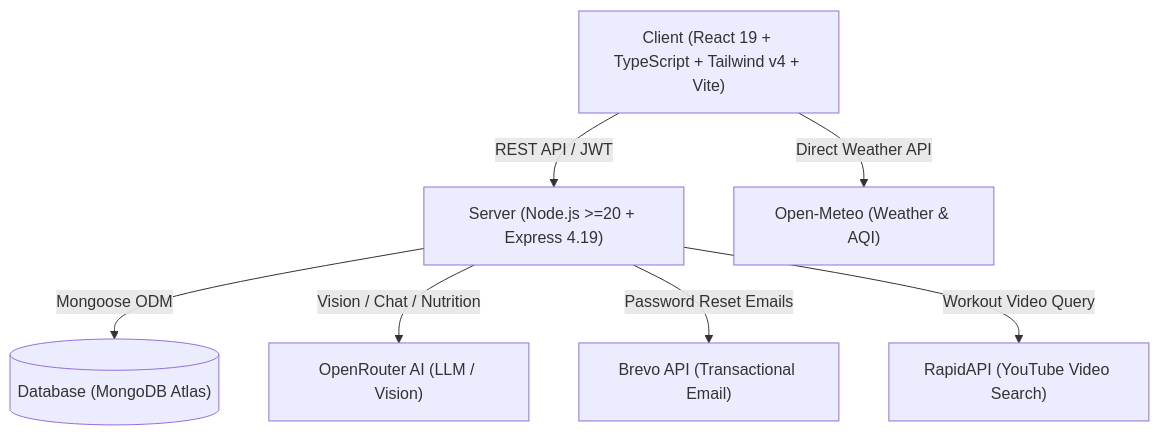
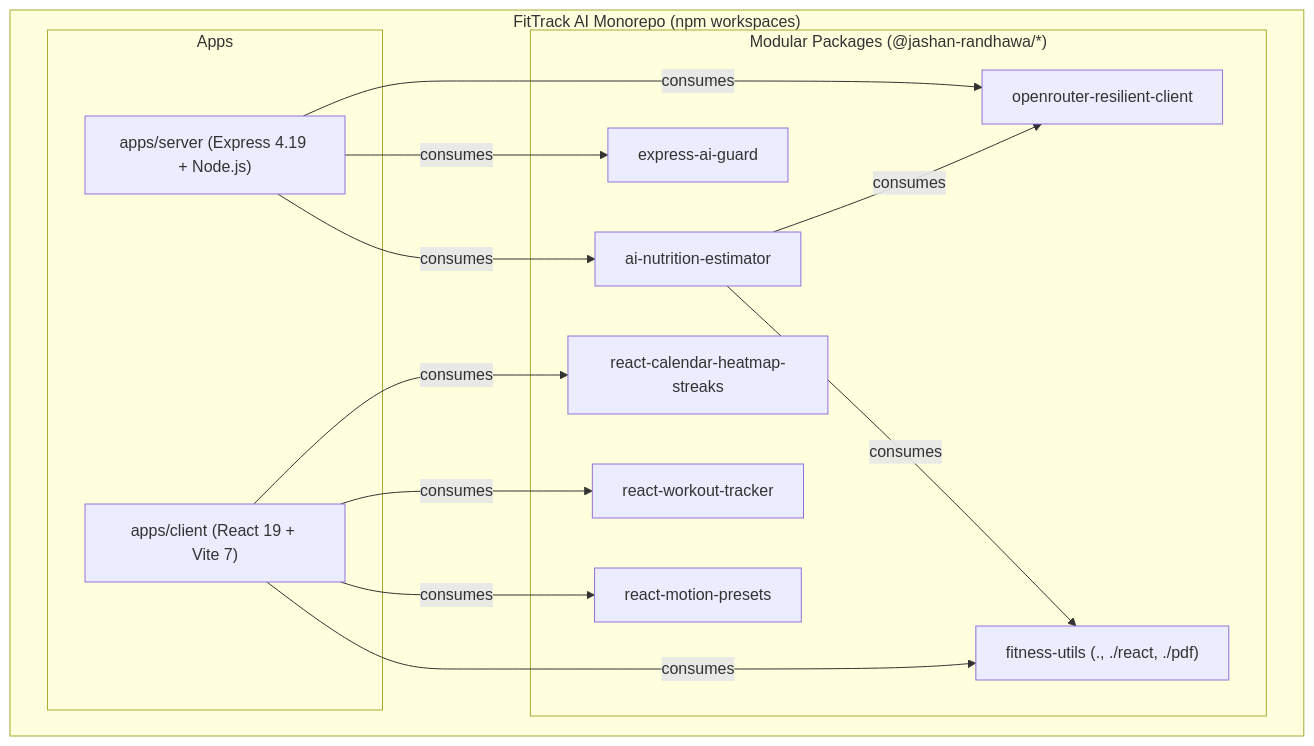
Before and after one commit to Jashan-randhawa/AI-FitnessTracker1: the diagram in README.md, drawn with Mermaid. The commit also changed other lines of this file and 241 other files, not shown here.

First line of the commit message:
feat(monorepo): extract 7 modular packages and migrate to npm workspaces

````diff
--- a/README.md
+++ b/README.md
@@ -119,17 +74,30 @@
 ```mermaid
 graph TD
-    Client["Client (React 19 + TypeScript + Tailwind v4 + Vite)"]
-    Server["Server (Node.js >=20 + Express 4.19)"]
-    DB[("Database (MongoDB Atlas)")]
-    OpenRouter["OpenRouter AI (LLM / Vision)"]
-    OpenMeteo["Open-Meteo (Weather & AQI)"]
-    Brevo["Brevo API (Transactional Email)"]
-    YouTube["RapidAPI (YouTube Video Search)"]
+    subgraph Monorepo ["FitTrack AI Monorepo (npm workspaces)"]
+        subgraph Apps ["Apps"]
+            Client["apps/client (React 19 + Vite 7)"]
+            Server["apps/server (Express 4.19 + Node.js)"]
+        end
 
-    Client -->|REST API / JWT| Server
-    Client -->|Direct Weather API| OpenMeteo
-    Server -->|Mongoose ODM| DB
-    Server -->|Vision / Chat / Nutrition| OpenRouter
-    Server -->|Password Reset Emails| Brevo
-    Server -->|Workout Video Query| YouTube
+        subgraph Packages ["Modular Packages (@jashan-randhawa/*)"]
+            P1["openrouter-resilient-client"]
+            P2["express-ai-guard"]
+            P3["react-calendar-heatmap-streaks"]
+            P4["react-workout-tracker"]
+            P5["react-motion-presets"]
+            P6["fitness-utils (., ./react, ./pdf)"]
+            P7["ai-nutrition-estimator"]
+        end
+    end
+
+    Server -->|consumes| P1
+    Server -->|consumes| P2
+    Server -->|consumes| P7
+    P7 -->|consumes| P1
+    P7 -->|consumes| P6
+
+    Client -->|consumes| P3
+    Client -->|consumes| P4
+    Client -->|consumes| P5
+    Client -->|consumes| P6
 ```
````
